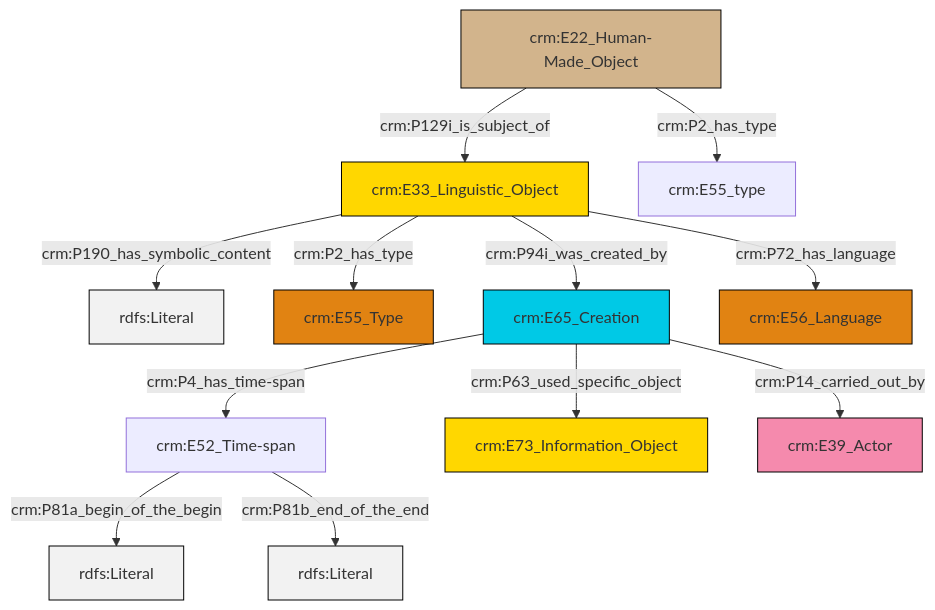
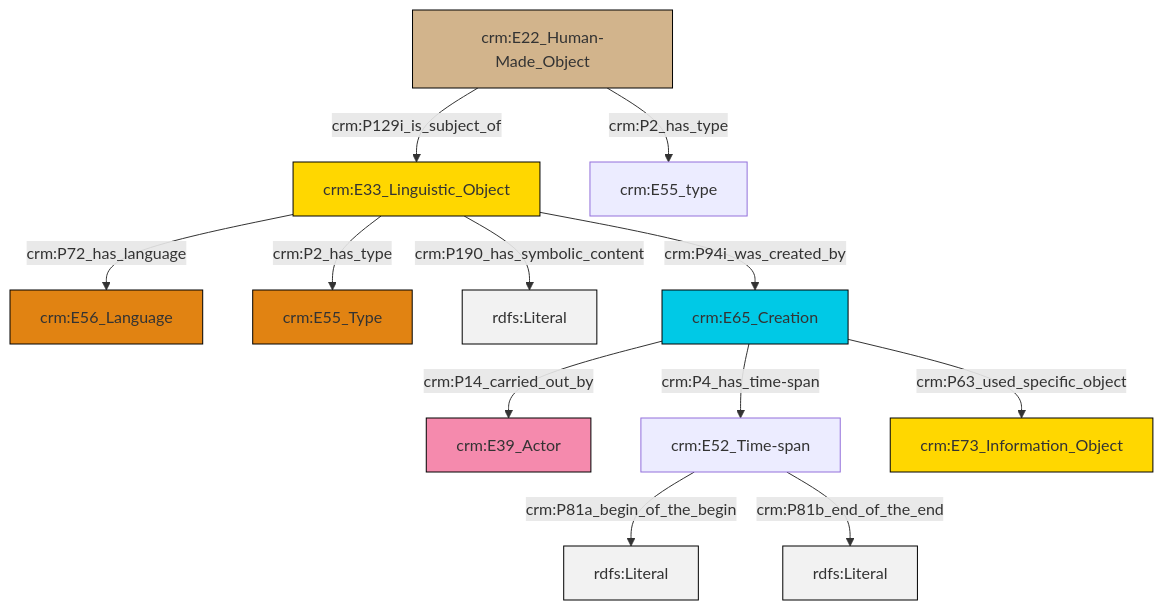
One commit to swiss-art-research-net/docs.swissartresearch changed the diagram in et/artworkCSV/ttl/mmd/Artwork_Description.ttl.mmd. Above: the diagram before and after it, drawn with Mermaid. The commit also changed 177 other files, not shown here.

```diff
--- a/et/artworkCSV/ttl/mmd/Artwork_Description.ttl.mmd
+++ b/et/artworkCSV/ttl/mmd/Artwork_Description.ttl.mmd
@@ -1,26 +1,26 @@
 graph TD
 classDef Literal fill:#f2f2f2,stroke:#000000;
 classDef CRM_Entity fill:#FFFFFF,stroke:#000000;
 classDef Temporal_Entity fill:#00C9E6, stroke:#000000;
 classDef Type fill:#E18312, stroke:#000000;
 classDef Time-Span fill:#2C9C91, stroke:#000000;
 classDef Appellation fill:#FFEB7F, stroke:#000000;
 classDef Place fill:#008836, stroke:#000000;
 classDef Persistent_Item fill:#B266B2, stroke:#000000;
 classDef Conceptual_Object fill:#FFD700, stroke:#000000;
 classDef Physical_Thing fill:#D2B48C, stroke:#000000;
 classDef Actor fill:#f58aad, stroke:#000000;
 classDef PC_Classes fill:#4ce600, stroke:#000000;
 classDef Multi fill:#cccccc,stroke:#000000;
 
-0["crm:E52_Time-span"]:::Default -->|crm:P81a_begin_of_the_begin| 1[rdfs:Literal]:::Literal
-2["crm:E33_Linguistic_Object"]:::Conceptual_Object -->|crm:P190_has_symbolic_content| 3[rdfs:Literal]:::Literal
-0["crm:E52_Time-span"]:::Default -->|crm:P81b_end_of_the_end| 6[rdfs:Literal]:::Literal
-7["crm:E65_Creation"]:::Temporal_Entity -->|crm:P63_used_specific_object| 8["crm:E73_Information_Object"]:::Conceptual_Object
-9["crm:E22_Human-Made_Object"]:::Physical_Thing -->|crm:P2_has_type| 10["crm:E55_type"]:::Default
-9["crm:E22_Human-Made_Object"]:::Physical_Thing -->|crm:P129i_is_subject_of| 2["crm:E33_Linguistic_Object"]:::Conceptual_Object
-7["crm:E65_Creation"]:::Temporal_Entity -->|crm:P4_has_time-span| 0["crm:E52_Time-span"]:::Default
-2["crm:E33_Linguistic_Object"]:::Conceptual_Object -->|crm:P2_has_type| 4["crm:E55_Type"]:::Type
-2["crm:E33_Linguistic_Object"]:::Conceptual_Object -->|crm:P72_has_language| 15["crm:E56_Language"]:::Type
-2["crm:E33_Linguistic_Object"]:::Conceptual_Object -->|crm:P94i_was_created_by| 7["crm:E65_Creation"]:::Temporal_Entity
-7["crm:E65_Creation"]:::Temporal_Entity -->|crm:P14_carried_out_by| 18["crm:E39_Actor"]:::Actor
+0["crm:E22_Human-Made_Object"]:::Physical_Thing -->|crm:P129i_is_subject_of| 2["crm:E33_Linguistic_Object"]:::Conceptual_Object
+2["crm:E33_Linguistic_Object"]:::Conceptual_Object -->|crm:P190_has_symbolic_content| 7[rdfs:Literal]:::Literal
+8["crm:E65_Creation"]:::Temporal_Entity -->|crm:P14_carried_out_by| 9["crm:E39_Actor"]:::Actor
+8["crm:E65_Creation"]:::Temporal_Entity -->|crm:P4_has_time-span| 10["crm:E52_Time-span"]:::Default
+2["crm:E33_Linguistic_Object"]:::Conceptual_Object -->|crm:P94i_was_created_by| 8["crm:E65_Creation"]:::Temporal_Entity
+10["crm:E52_Time-span"]:::Default -->|crm:P81a_begin_of_the_begin| 14[rdfs:Literal]:::Literal
+0["crm:E22_Human-Made_Object"]:::Physical_Thing -->|crm:P2_has_type| 12["crm:E55_type"]:::Default
+10["crm:E52_Time-span"]:::Default -->|crm:P81b_end_of_the_end| 17[rdfs:Literal]:::Literal
+2["crm:E33_Linguistic_Object"]:::Conceptual_Object -->|crm:P2_has_type| 5["crm:E55_Type"]:::Type
+2["crm:E33_Linguistic_Object"]:::Conceptual_Object -->|crm:P72_has_language| 3["crm:E56_Language"]:::Type
+8["crm:E65_Creation"]:::Temporal_Entity -->|crm:P63_used_specific_object| 19["crm:E73_Information_Object"]:::Conceptual_Object
```
